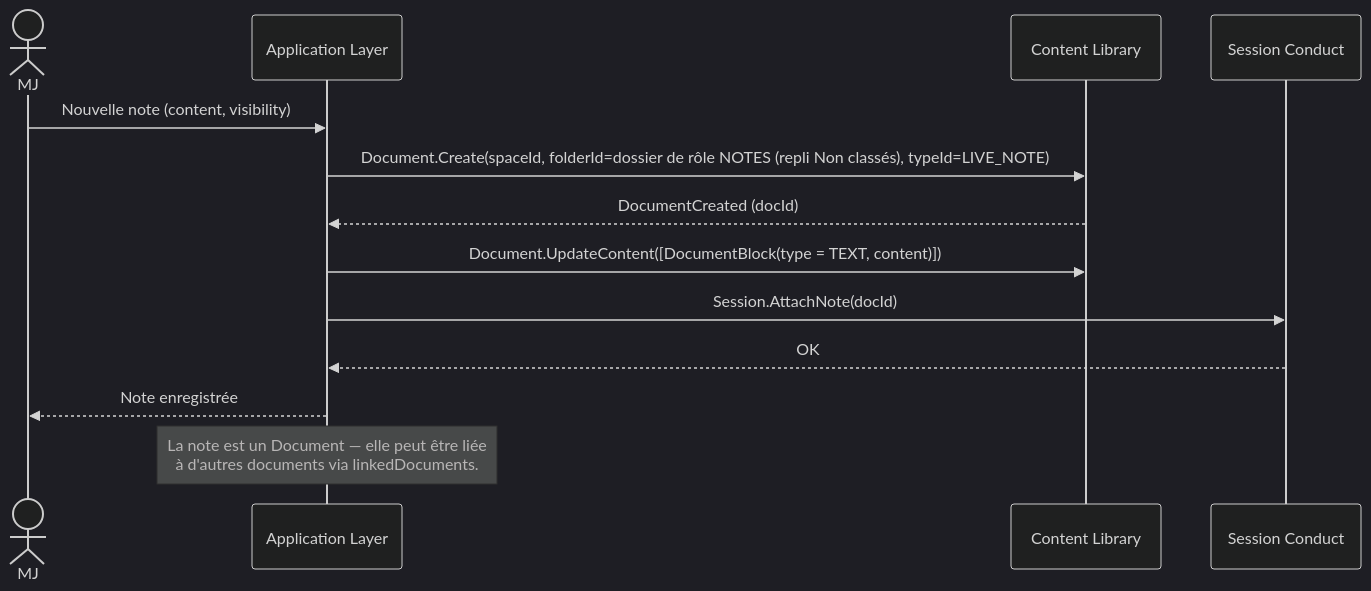
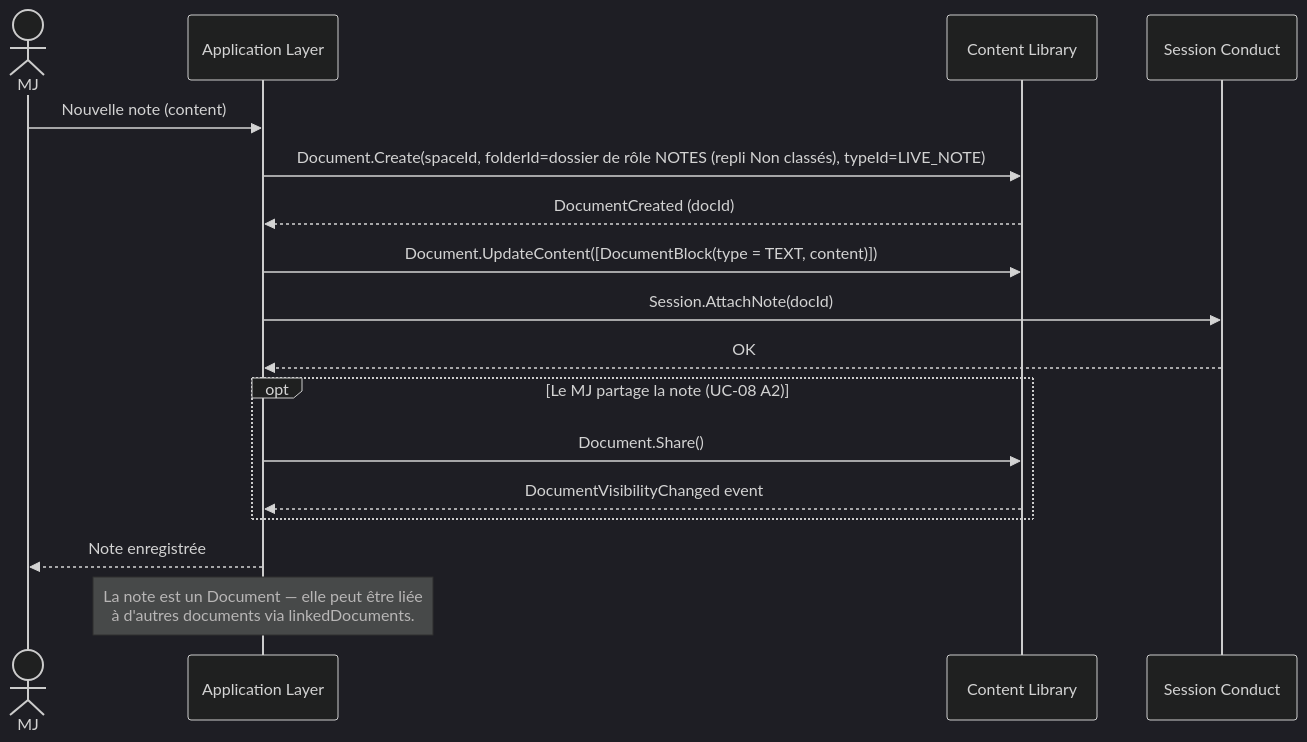
Before and after one commit to 2025-10-CDA-ECO-P6/PM-micro-saas: the sixth of 9 diagrams in docs/domaine/session-conduct/flows.md, drawn with Mermaid (dark theme).

Commit message:
docs(domaine): partage une note de session par Document.Share, pas par paramètre
Le flux 6 de Session Conduct recevait une visibilité que rien
n'appliquait : Document.Create n'a pas ce paramètre et un document naît
GM_ONLY. Choix : le partage explicite d'UC-08 A2 (« le MJ rend publique
une note créée pendant une session »), en opt après la création.

````diff
--- a/docs/domaine/session-conduct/flows.md
+++ b/docs/domaine/session-conduct/flows.md
@@ -101,16 +101,20 @@
 ```mermaid
 sequenceDiagram
     actor MJ
     participant App as Application Layer
     participant CL as Content Library
     participant SC as Session Conduct
 
-    MJ->>App: Nouvelle note (content, visibility)
+    MJ->>App: Nouvelle note (content)
     App->>CL: Document.Create(spaceId, folderId=dossier de rôle NOTES (repli Non classés), typeId=LIVE_NOTE)
     CL-->>App: DocumentCreated (docId)
     App->>CL: Document.UpdateContent([DocumentBlock(type = TEXT, content)])
     App->>SC: Session.AttachNote(docId)
     SC-->>App: OK
+    opt Le MJ partage la note (UC-08 A2)
+        App->>CL: Document.Share()
+        CL-->>App: DocumentVisibilityChanged event
+    end
     App-->>MJ: Note enregistrée
     Note over App: La note est un Document — elle peut être liée<br/>à d'autres documents via linkedDocuments.
 ```
````
